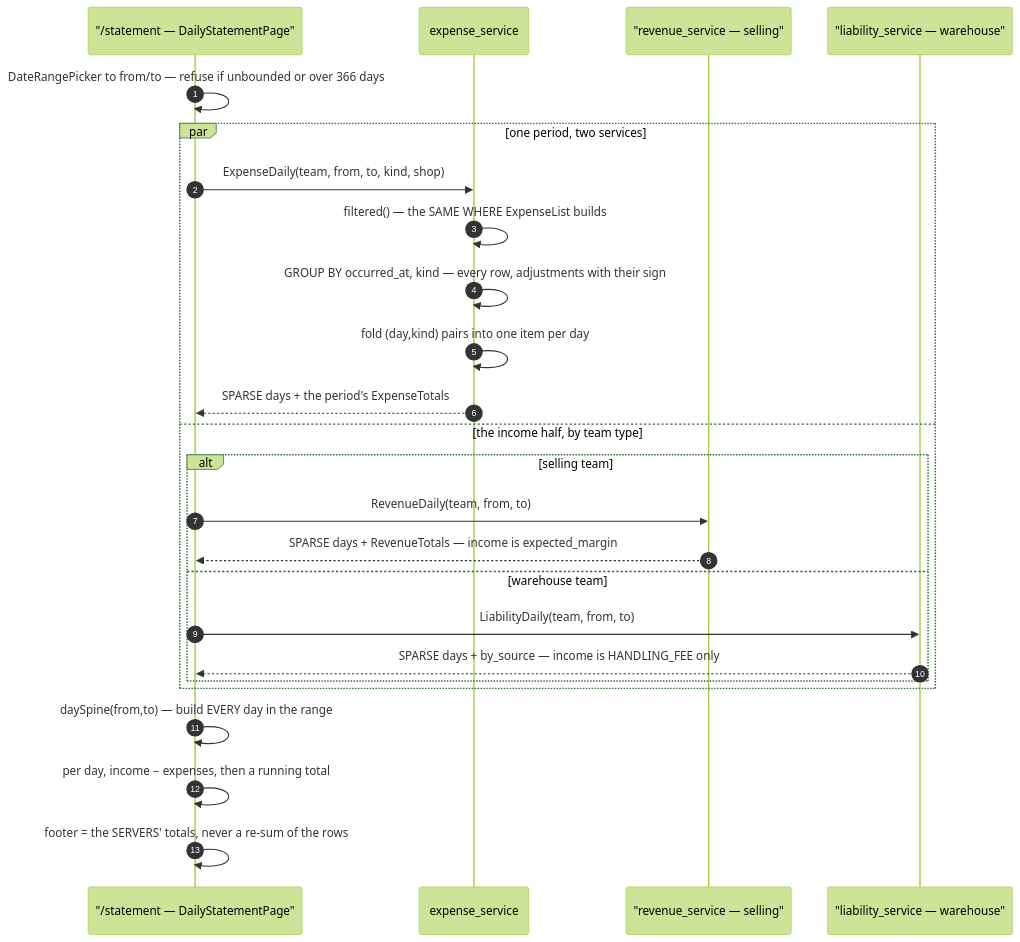
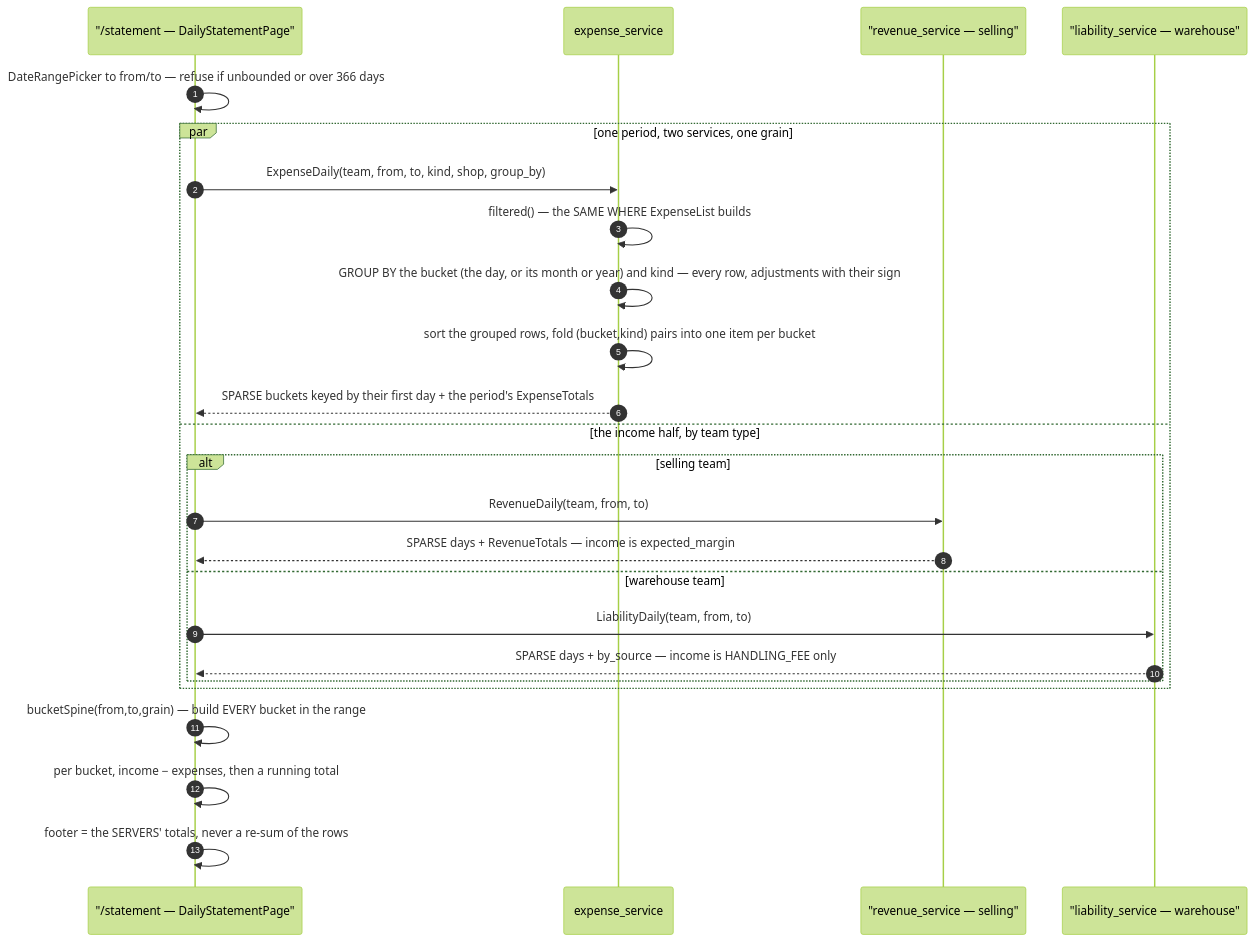
The first of 5 diagrams in docs/services/expense_service/rpc.md (pdcgo/warehouse_revamp), drawn with Mermaid (forest theme) before and after one commit. The commit also changed other lines of this file and 54 other files, not shown here.

````diff
--- a/docs/services/expense_service/rpc.md
+++ b/docs/services/expense_service/rpc.md
@@ -94,30 +94,30 @@
 ```mermaid
 sequenceDiagram
     autonumber
     participant UI as "/statement — DailyStatementPage"
     participant E as expense_service
     participant R as "revenue_service — selling"
     participant S as "liability_service — warehouse"
 
     UI->>UI: DateRangePicker to from/to — refuse if unbounded or over 366 days
 
-    par one period, two services
-        UI->>E: ExpenseDaily(team, from, to, kind, shop)
+    par one period, two services, one grain
+        UI->>E: ExpenseDaily(team, from, to, kind, shop, group_by)
         E->>E: filtered() — the SAME WHERE ExpenseList builds
-        E->>E: GROUP BY occurred_at, kind — every row, adjustments with their sign
-        E->>E: fold (day,kind) pairs into one item per day
-        E-->>UI: SPARSE days + the period's ExpenseTotals
+        E->>E: GROUP BY the bucket (the day, or its month or year) and kind — every row, adjustments with their sign
+        E->>E: sort the grouped rows, fold (bucket,kind) pairs into one item per bucket
+        E-->>UI: SPARSE buckets keyed by their first day + the period's ExpenseTotals
     and the income half, by team type
         alt selling team
             UI->>R: RevenueDaily(team, from, to)
             R-->>UI: SPARSE days + RevenueTotals — income is expected_margin
         else warehouse team
             UI->>S: LiabilityDaily(team, from, to)
             S-->>UI: SPARSE days + by_source — income is HANDLING_FEE only
         end
     end
 
-    UI->>UI: daySpine(from,to) — build EVERY day in the range
-    UI->>UI: per day, income − expenses, then a running total
+    UI->>UI: bucketSpine(from,to,grain) — build EVERY bucket in the range
+    UI->>UI: per bucket, income − expenses, then a running total
     UI->>UI: footer = the SERVERS' totals, never a re-sum of the rows
 ```
````
